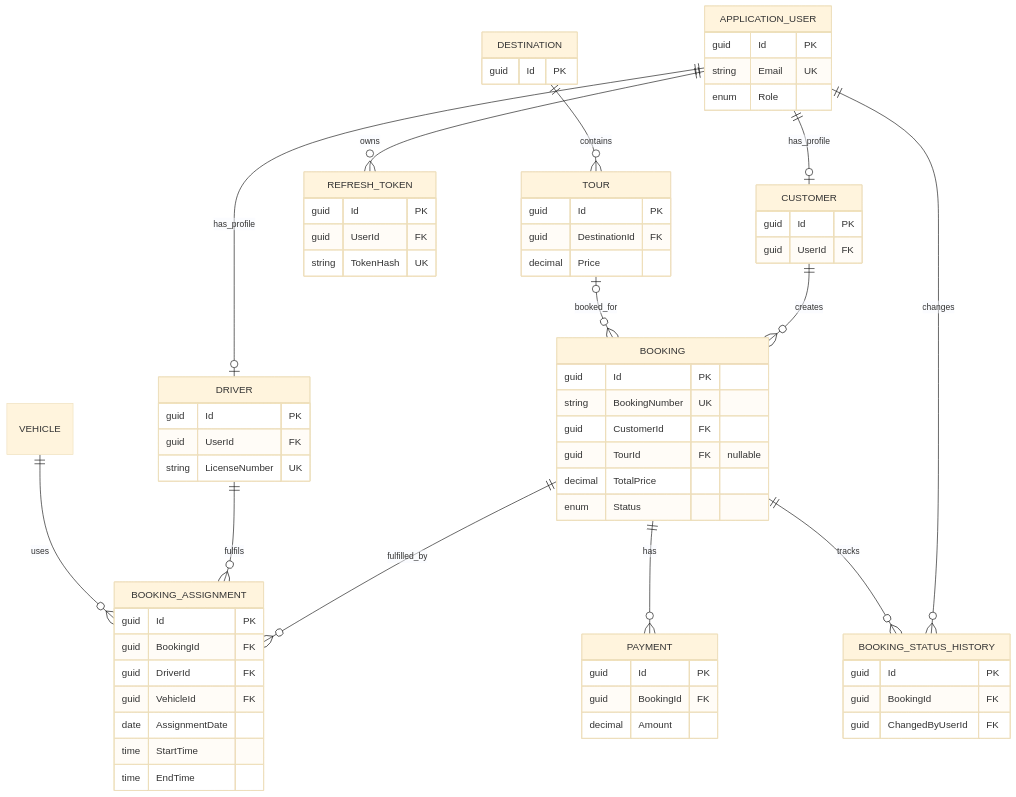
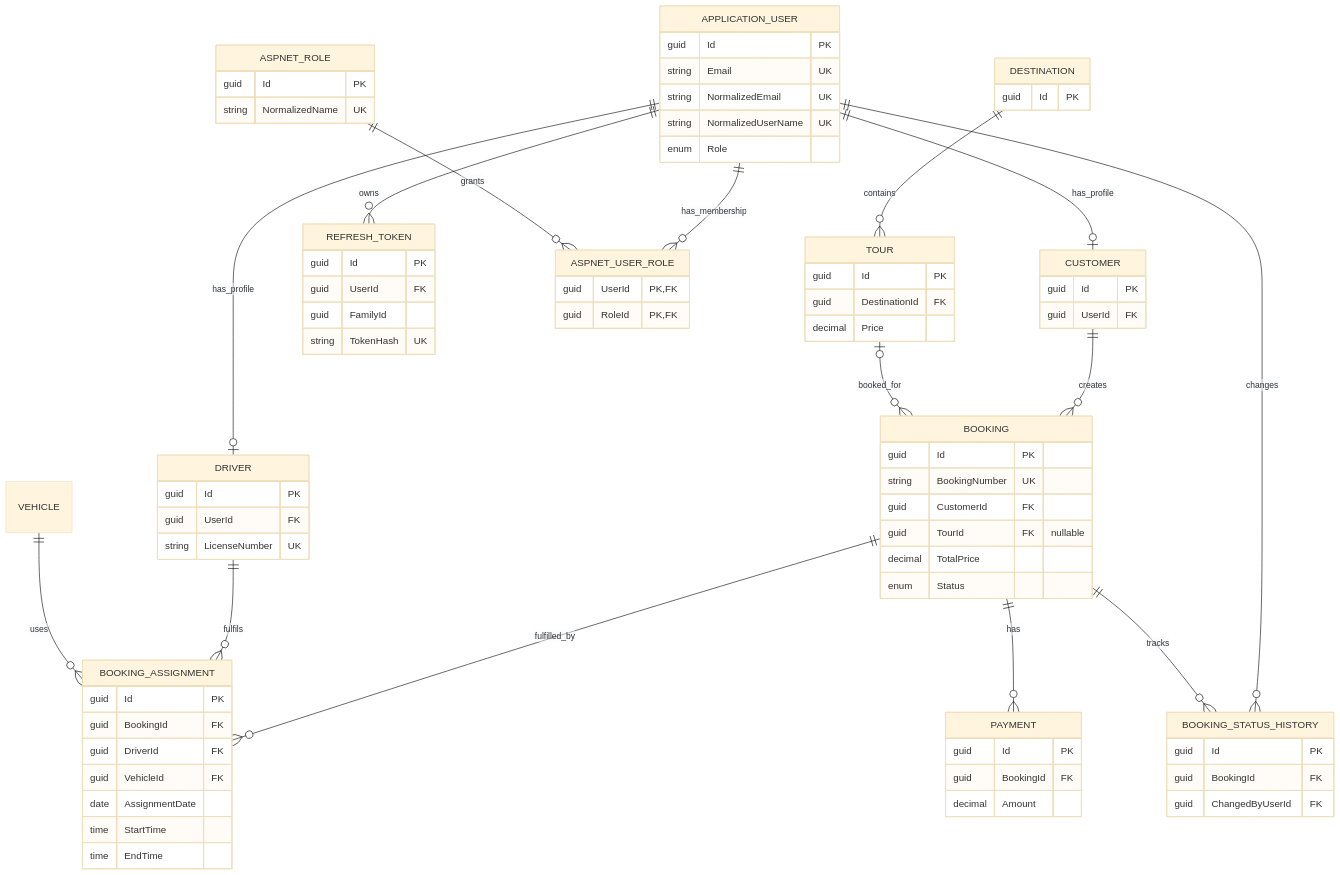
The diagram in docs/database/er-diagram.md (vaaakoo/TourFlow), drawn with Mermaid (base theme) before and after one commit. The commit also changed other lines of this file and 33 other files, not shown here.

````diff
--- a/docs/database/er-diagram.md
+++ b/docs/database/er-diagram.md
@@ -8,6 +8,8 @@
     APPLICATION_USER ||--o| DRIVER : has_profile
     APPLICATION_USER ||--o{ REFRESH_TOKEN : owns
     APPLICATION_USER ||--o{ BOOKING_STATUS_HISTORY : changes
+    APPLICATION_USER ||--o{ ASPNET_USER_ROLE : has_membership
+    ASPNET_ROLE ||--o{ ASPNET_USER_ROLE : grants
     CUSTOMER ||--o{ BOOKING : creates
     DESTINATION ||--o{ TOUR : contains
     TOUR o|--o{ BOOKING : booked_for
@@ -20,7 +22,17 @@
     APPLICATION_USER {
         guid Id PK
         string Email UK
+        string NormalizedEmail UK
+        string NormalizedUserName UK
         enum Role
+    }
+    ASPNET_ROLE {
+        guid Id PK
+        string NormalizedName UK
+    }
+    ASPNET_USER_ROLE {
+        guid UserId PK, FK
+        guid RoleId PK, FK
     }
     CUSTOMER {
         guid Id PK
@@ -69,6 +81,7 @@
     REFRESH_TOKEN {
         guid Id PK
         guid UserId FK
+        guid FamilyId
         string TokenHash UK
     }
 ```
````
